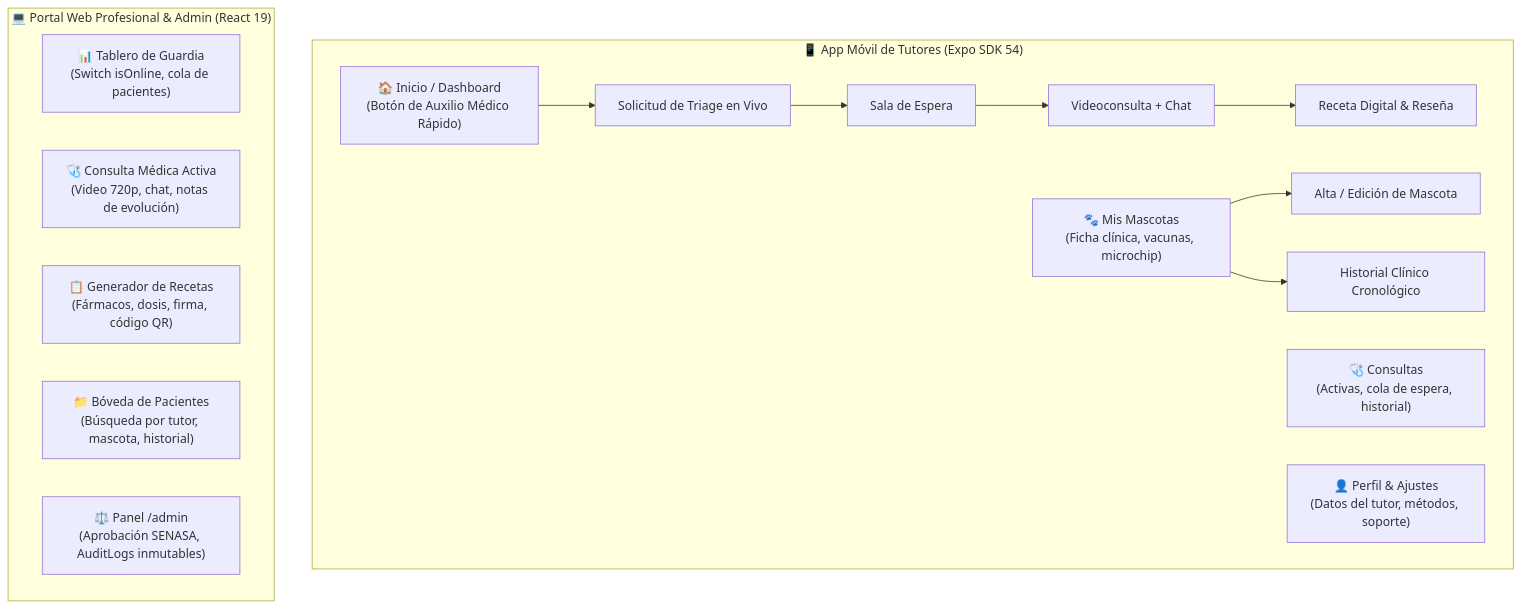
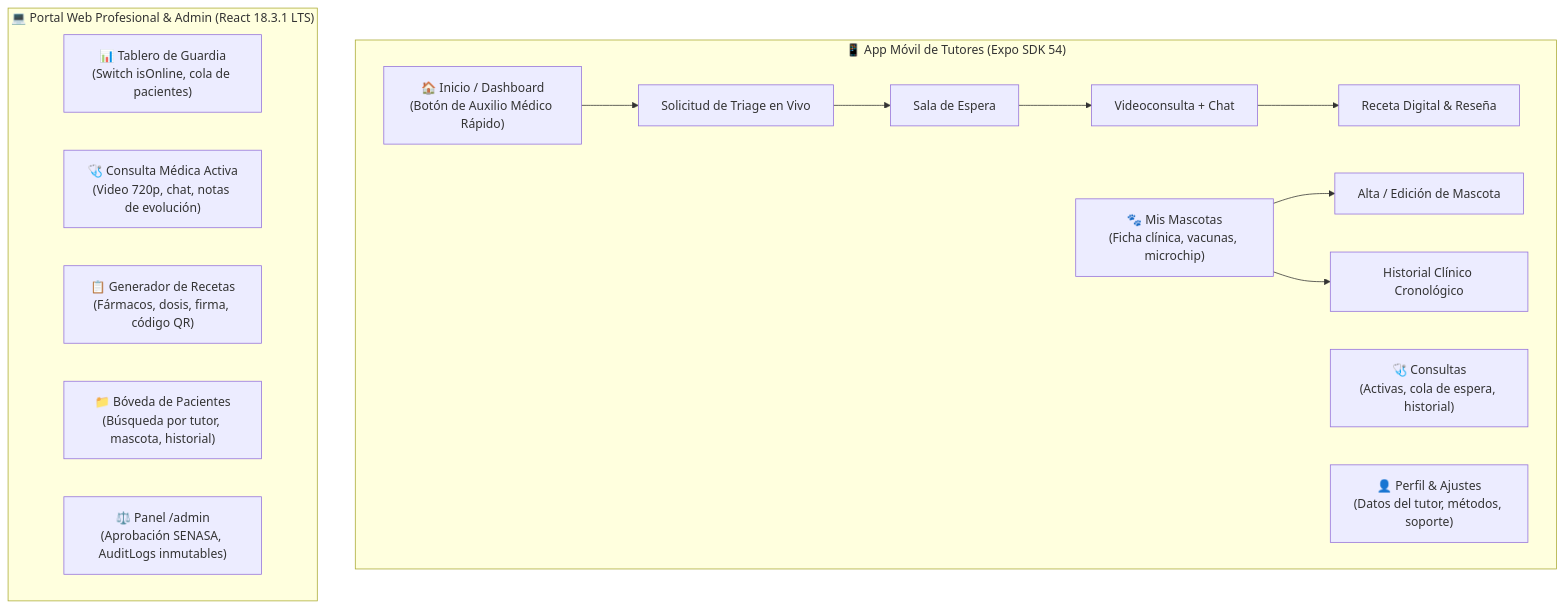
The second of 3 diagrams in docs/SISTEMA_DE_DISENO.md (grupo-pinnacle/VetConnect), drawn with Mermaid before and after one commit. The commit also changed other lines of this file and 74 other files, not shown here.

````diff
--- a/docs/SISTEMA_DE_DISENO.md
+++ b/docs/SISTEMA_DE_DISENO.md
@@ -89,23 +89,23 @@
 ```mermaid
 graph TD
     subgraph Mobile["📱 App Móvil de Tutores (Expo SDK 54)"]
         M1["🏠 Inicio / Dashboard\n(Botón de Auxilio Médico Rápido)"]
         M2["🐾 Mis Mascotas\n(Ficha clínica, vacunas, microchip)"]
         M3["🩺 Consultas\n(Activas, cola de espera, historial)"]
         M4["👤 Perfil & Ajustes\n(Datos del tutor, métodos, soporte)"]
         M1 --> M1_1["Solicitud de Triage en Vivo"]
         M1_1 --> M1_2["Sala de Espera"]
         M1_2 --> M1_3["Videoconsulta + Chat"]
         M1_3 --> M1_4["Receta Digital & Reseña"]
         M2 --> M2_1["Alta / Edición de Mascota"]
         M2 --> M2_2["Historial Clínico Cronológico"]
     end
 
-    subgraph Web["💻 Portal Web Profesional & Admin (React 19)"]
+    subgraph Web["💻 Portal Web Profesional & Admin (React 18.3.1 LTS)"]
         W1["📊 Tablero de Guardia\n(Switch isOnline, cola de pacientes)"]
         W2["🩺 Consulta Médica Activa\n(Video 720p, chat, notas de evolución)"]
         W3["📋 Generador de Recetas\n(Fármacos, dosis, firma, código QR)"]
         W4["📁 Bóveda de Pacientes\n(Búsqueda por tutor, mascota, historial)"]
         W5["⚖️ Panel /admin\n(Aprobación SENASA, AuditLogs inmutables)"]
     end
 ```
````
